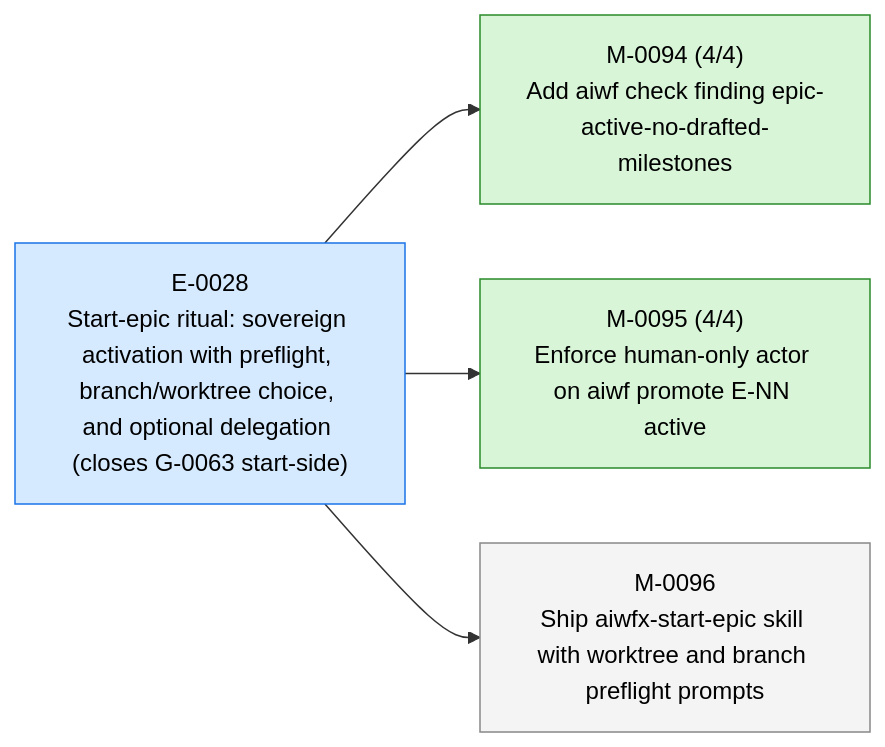
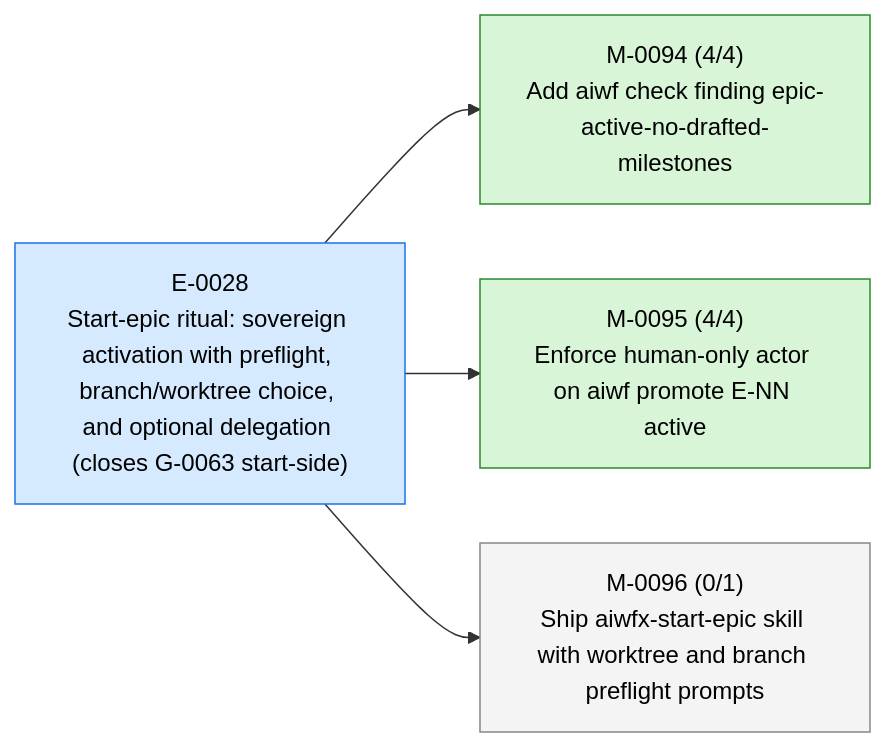
The first of 3 diagrams in STATUS.md (23min/aiwf), drawn with Mermaid before and after one commit. The commit also changed other lines of this file and 1 other file, not shown here.

First line of the commit message:
aiwf add ac M-0096/AC-1 "Fixture exists with valid skill frontmatter and 10-step Workflow section"

````diff
--- a/STATUS.md
+++ b/STATUS.md
@@ -15,16 +15,16 @@
 ```mermaid
 flowchart LR
   E_0028["E-0028<br/>Start-epic ritual: sovereign activation with preflight, branch/worktree choice, and optional delegation (closes G-0063 start-side)"]:::epic_active
   M_0094["M-0094 (4/4)<br/>Add aiwf check finding epic-active-no-drafted-milestones"]:::ms_done
   E_0028 --> M_0094
   M_0095["M-0095 (4/4)<br/>Enforce human-only actor on aiwf promote E-NN active"]:::ms_done
   E_0028 --> M_0095
-  M_0096["M-0096<br/>Ship aiwfx-start-epic skill with worktree and branch preflight prompts"]:::ms_draft
+  M_0096["M-0096 (0/1)<br/>Ship aiwfx-start-epic skill with worktree and branch preflight prompts"]:::ms_draft
   E_0028 --> M_0096
   classDef epic_active fill:#d6eaff,stroke:#1a73e8,color:#000
   classDef epic_proposed fill:#f4f4f4,stroke:#888,color:#000
   classDef ms_done fill:#d8f5d8,stroke:#2a8a2a,color:#000
   classDef ms_in_progress fill:#fff3c4,stroke:#caa400,color:#000
   classDef ms_draft fill:#f4f4f4,stroke:#888,color:#000
   classDef ms_cancelled fill:#fbeaea,stroke:#c33,color:#000
 ```
````
